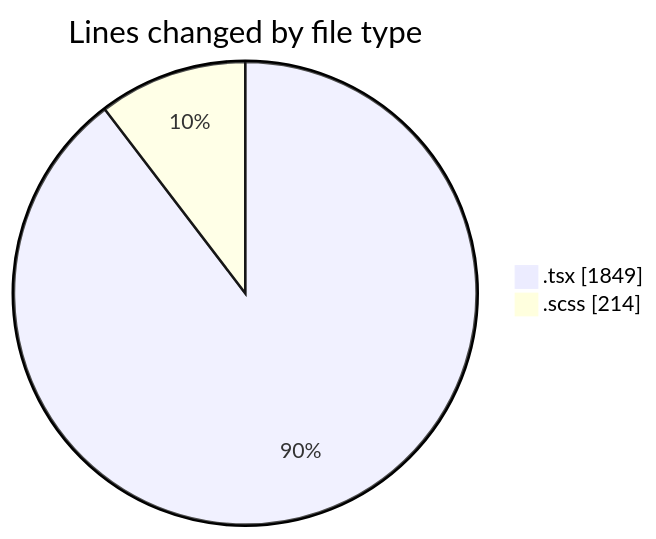
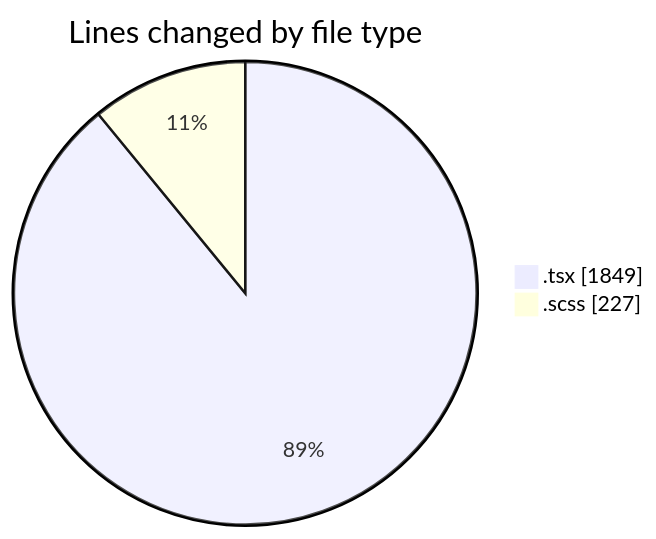
Before and after one commit to momahboobian/code-tracking: the first of 2 diagrams in 2025-04-07/cda/README.md, drawn with Mermaid. The commit also changed other lines of this file and 1 other file, not shown here.

````diff
--- a/2025-04-07/cda/README.md
+++ b/2025-04-07/cda/README.md
@@ -26,6 +26,6 @@
 ```mermaid
 pie showData
 title Lines changed by file type
 ".tsx" : 1849
-".scss" : 214
+".scss" : 227
 ```
````
